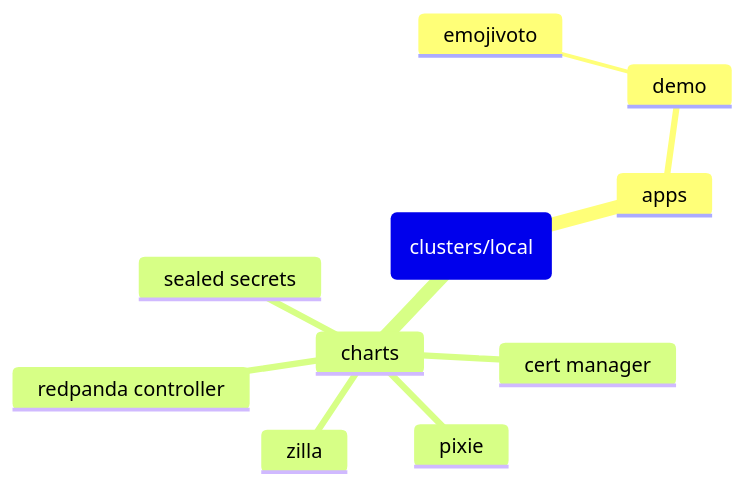
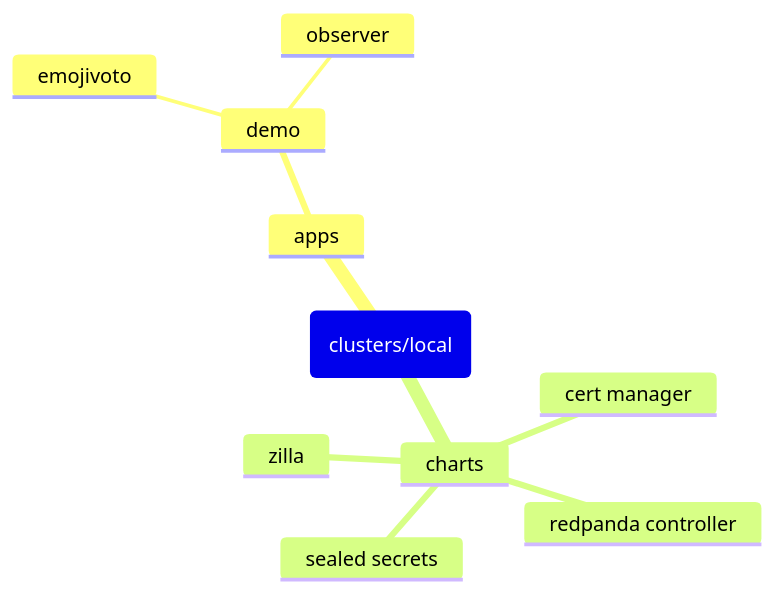
The diagram in README.md (orbservability/demo-cluster), drawn with Mermaid before and after one commit. The commit also changed 6 other files, not shown here.

Commit message:
Remove pixie chart. Move to demo

````diff
--- a/README.md
+++ b/README.md
@@ -5,13 +5,13 @@
 ```mermaid
 mindmap
   root(clusters/local)
     apps
       demo
         emojivoto
+        observer
     charts
       cert manager
-      pixie
       redpanda controller
       sealed secrets
       zilla
 ```
````
